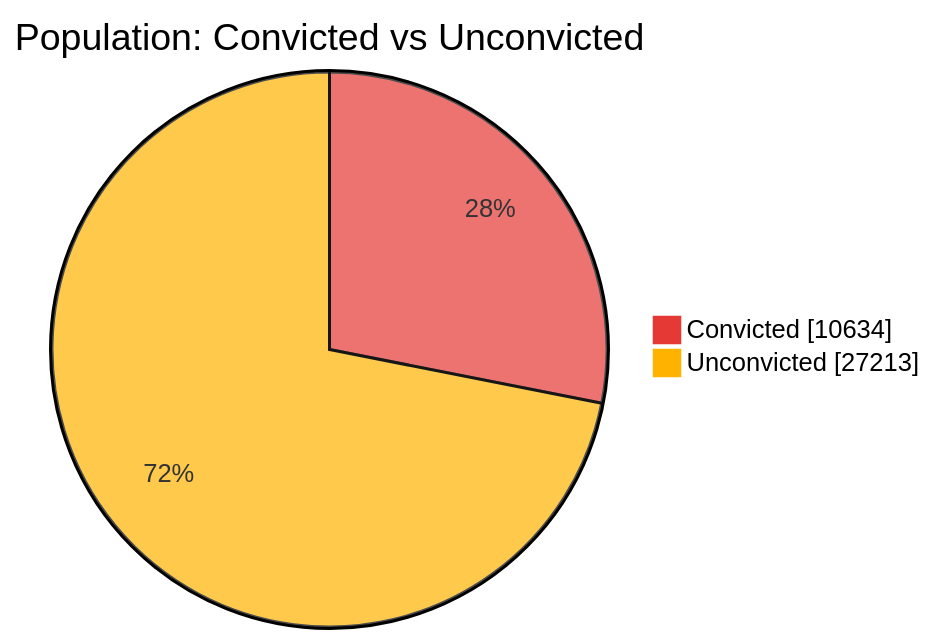
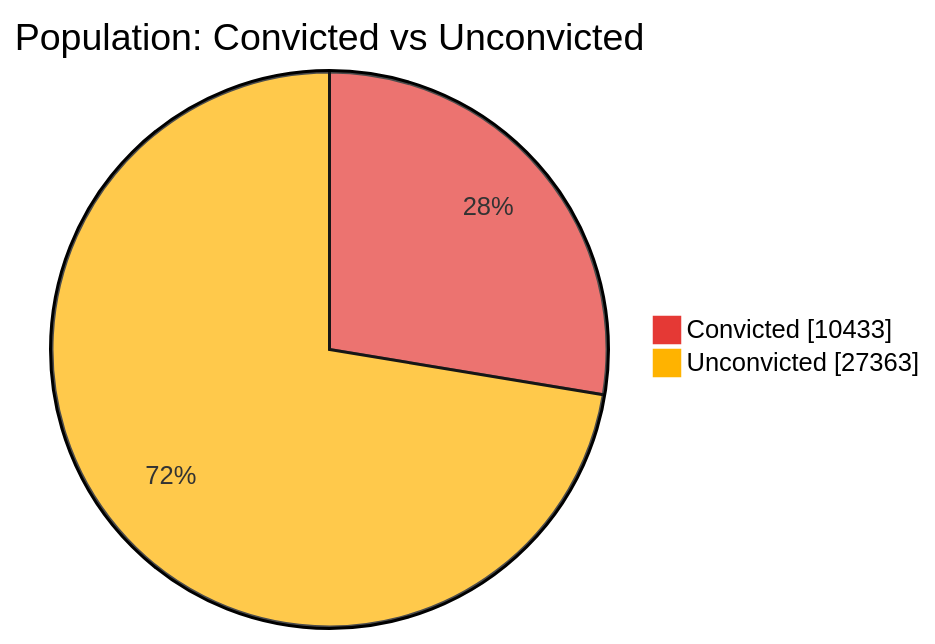
Before and after one commit to nuuuwan/lk_prisons: the first of 7 diagrams in README.md, drawn with Mermaid. The commit also changed other lines of this file and 1 other file, not shown here.

````diff
--- a/README.md
+++ b/README.md
@@ -43,6 +43,6 @@
 ```mermaid
 %%{init: {'themeVariables': {'pie1': '#E53935', 'pie2': '#FFB300'}}}%%
 pie showData title Population: Convicted vs Unconvicted
-    "Convicted" : 10634
-    "Unconvicted" : 27213
+    "Convicted" : 10433
+    "Unconvicted" : 27363
 ```
````
